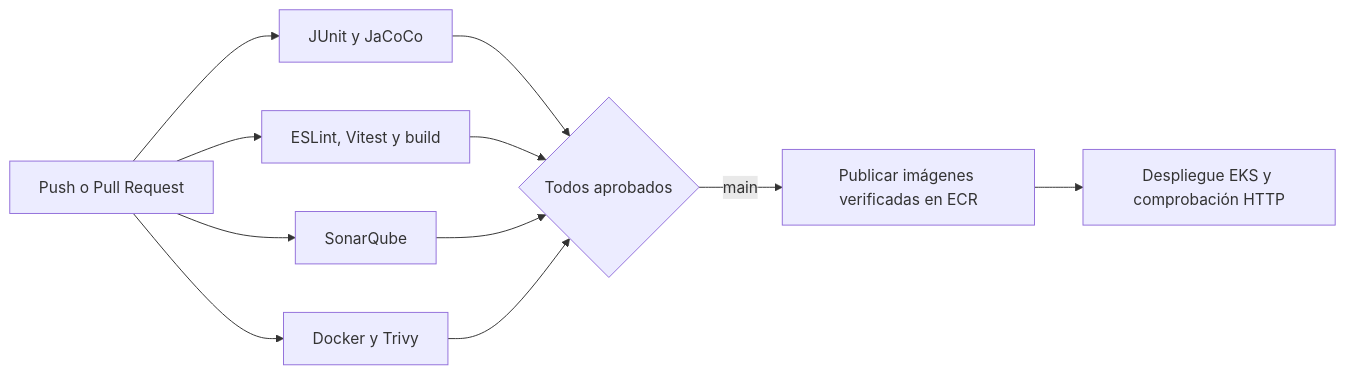
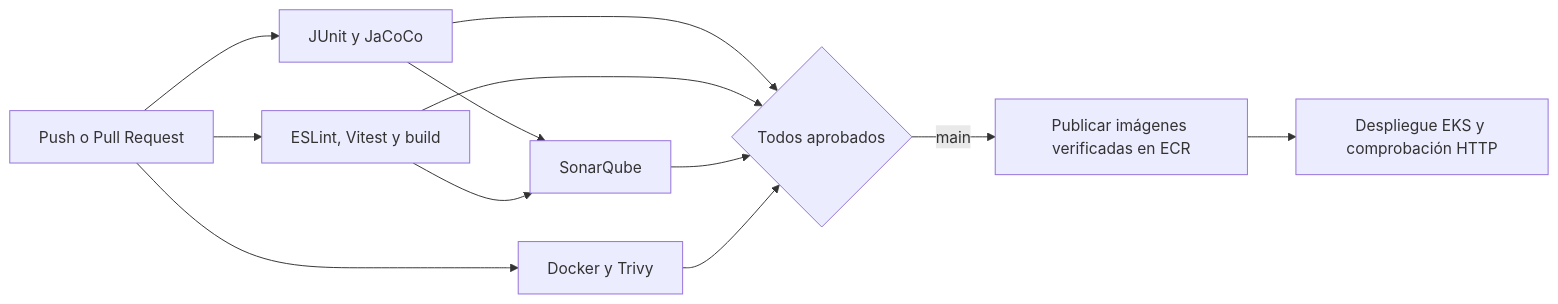
One commit to Martin-ignaxiiooo/devops-segunda-prueba changed the diagram in README.md. Above: the diagram before and after it, drawn with Mermaid. The commit also changed other lines of this file and 16 other files, not shown here.

````diff
--- a/README.md
+++ b/README.md
@@ -40,13 +59,14 @@
 ```mermaid
 flowchart LR
   C[Push o Pull Request] --> B[JUnit y JaCoCo]
   C --> F[ESLint, Vitest y build]
-  C --> S[SonarQube]
+  B --> S[SonarQube]
+  F --> S
   C --> I[Docker y Trivy]
   B --> G{Todos aprobados}
   F --> G
   S --> G
   I --> G
   G -->|main| E[Publicar imágenes verificadas en ECR]
   E --> K[Despliegue EKS y comprobación HTTP]
 ```
````
